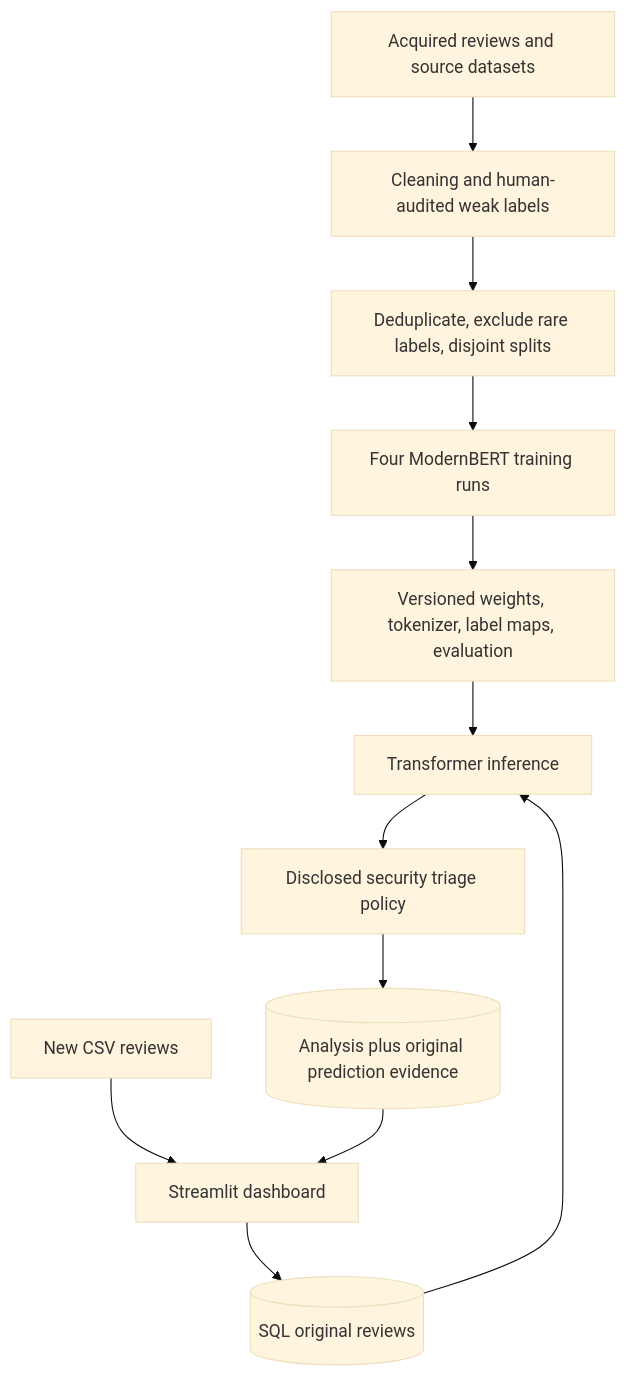
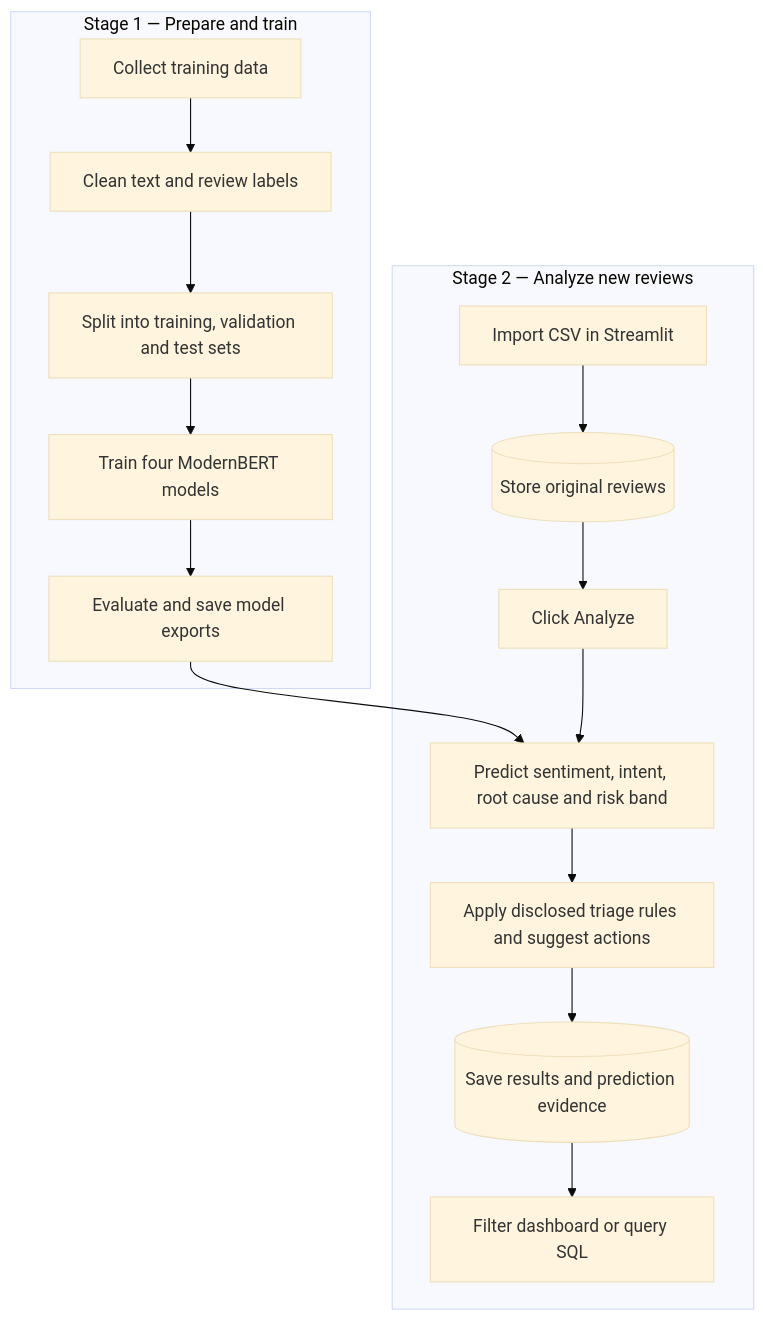
The diagram in README.md (Amal-Anojan/Financial-Feedback-Intelligence-System-Using-NLP), drawn with Mermaid (base theme) before and after one commit. The commit also changed other lines of this file, not shown here.

Commit message:
Rewrite README as a public fresh-install training and deployment guide

````diff
--- a/README.md
+++ b/README.md
@@ -19,14 +49,18 @@
 ```mermaid
 flowchart TD
-    D[Acquired reviews and source datasets] --> C[Cleaning and human-audited weak labels]
-    C --> S[Deduplicate, exclude rare labels, disjoint splits]
-    S --> T[Four ModernBERT training runs]
-    T --> E[Versioned weights, tokenizer, label maps, evaluation]
-    E --> A[Transformer inference]
-    CSV[New CSV reviews] --> UI[Streamlit dashboard]
-    UI --> DB[(SQL original reviews)]
-    DB --> A
-    A --> P[Disclosed security triage policy]
-    P --> R[(Analysis plus original prediction evidence)]
-    R --> UI
+    subgraph Training["Stage 1 — Prepare and train"]
+        A[Collect training data] --> B[Clean text and review labels]
+        B --> C[Split into training, validation and test sets]
+        C --> D[Train four ModernBERT models]
+        D --> E[Evaluate and save model exports]
+    end
+    subgraph Application["Stage 2 — Analyze new reviews"]
+        F[Import CSV in Streamlit] --> G[(Store original reviews)]
+        G --> H[Click Analyze]
+        E --> I[Predict sentiment, intent, root cause and risk band]
+        H --> I
+        I --> J[Apply disclosed triage rules and suggest actions]
+        J --> K[(Save results and prediction evidence)]
+        K --> L[Filter dashboard or query SQL]
+    end
 ```
````
